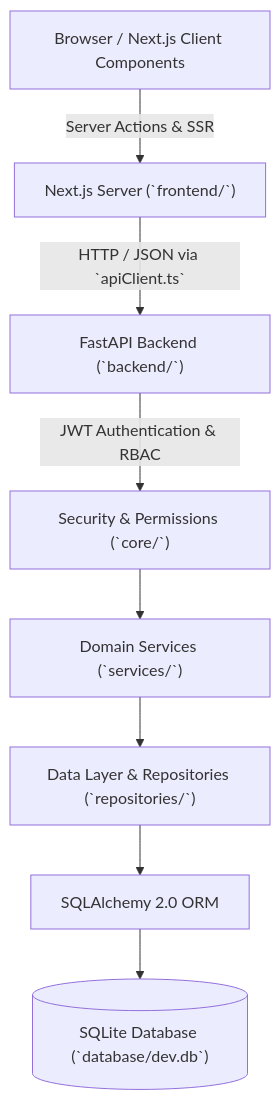
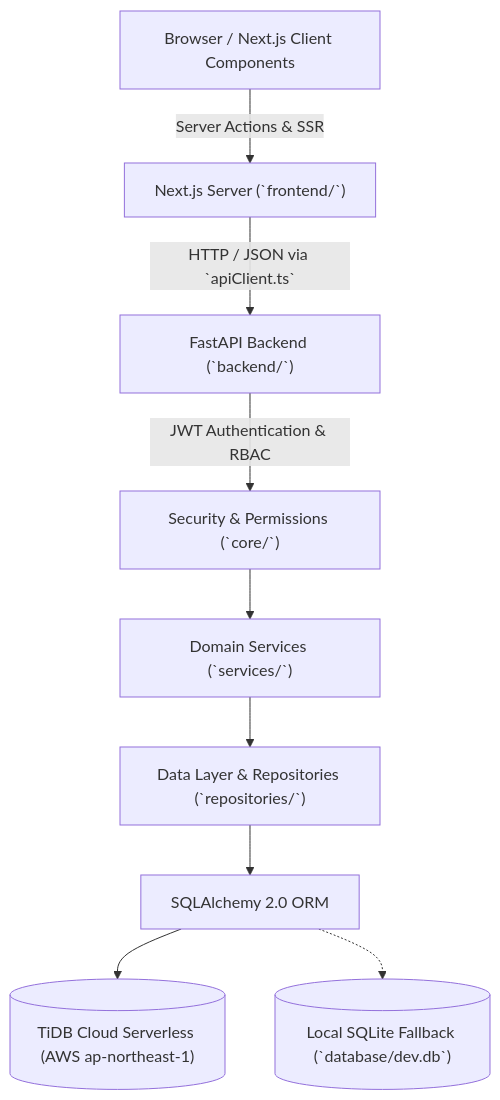
One commit to PravinkumarM003/ODOO-X-NMIT changed the first of 2 diagrams in docs/architecture.md. Above: the diagram before and after it, drawn with Mermaid. The commit also changed other lines of this file and 8 other files, not shown here.

Commit message:
feat(db): connect and migrate backend database to TiDB Cloud with full data replication and dialect compatibility

````diff
--- a/docs/architecture.md
+++ b/docs/architecture.md
@@ -12,10 +12,11 @@
 ```mermaid
 graph TD
     Client["Browser / Next.js Client Components"] -->|Server Actions & SSR| NextServer["Next.js Server (`frontend/`)"]
     NextServer -->|HTTP / JSON via `apiClient.ts`| FastAPI["FastAPI Backend (`backend/`)"]
     FastAPI -->|JWT Authentication & RBAC| AuthLayer["Security & Permissions (`core/`)"]
     AuthLayer --> DomainServices["Domain Services (`services/`)"]
     DomainServices --> Repositories["Data Layer & Repositories (`repositories/`)"]
     Repositories --> SQLAlchemy["SQLAlchemy 2.0 ORM"]
-    SQLAlchemy --> SQLite[("SQLite Database (`database/dev.db`)")]
+    SQLAlchemy --> TiDB[("TiDB Cloud Serverless (AWS ap-northeast-1)")]
+    SQLAlchemy -.-> SQLite[("Local SQLite Fallback (`database/dev.db`)")]
 ```
````
